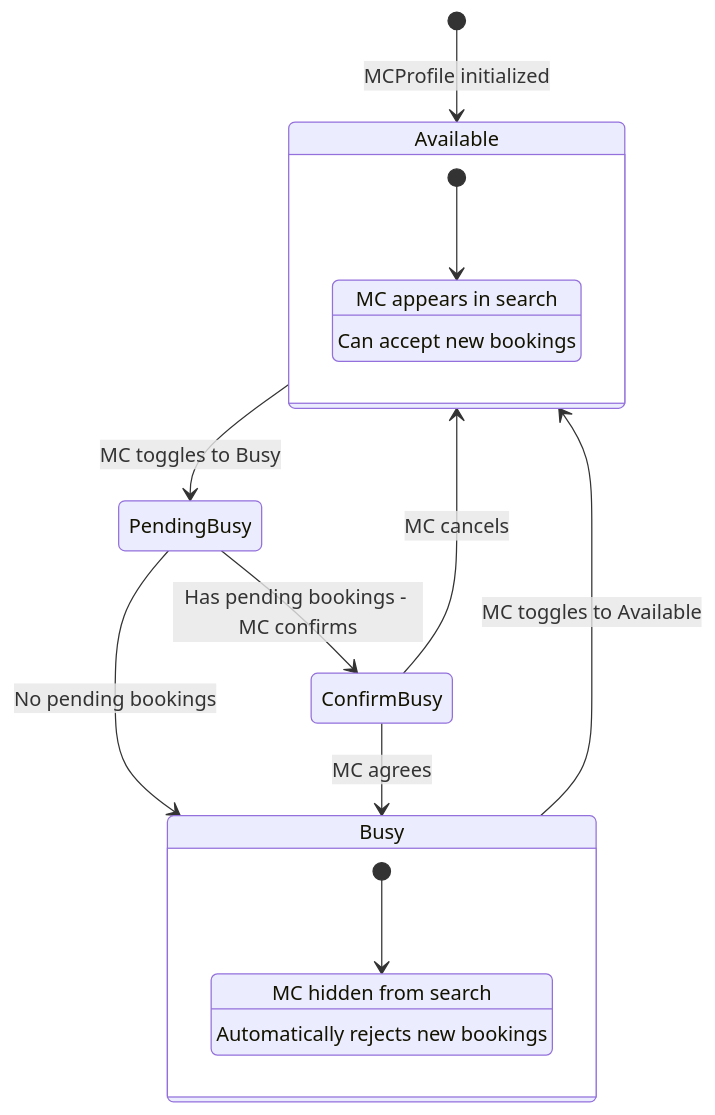
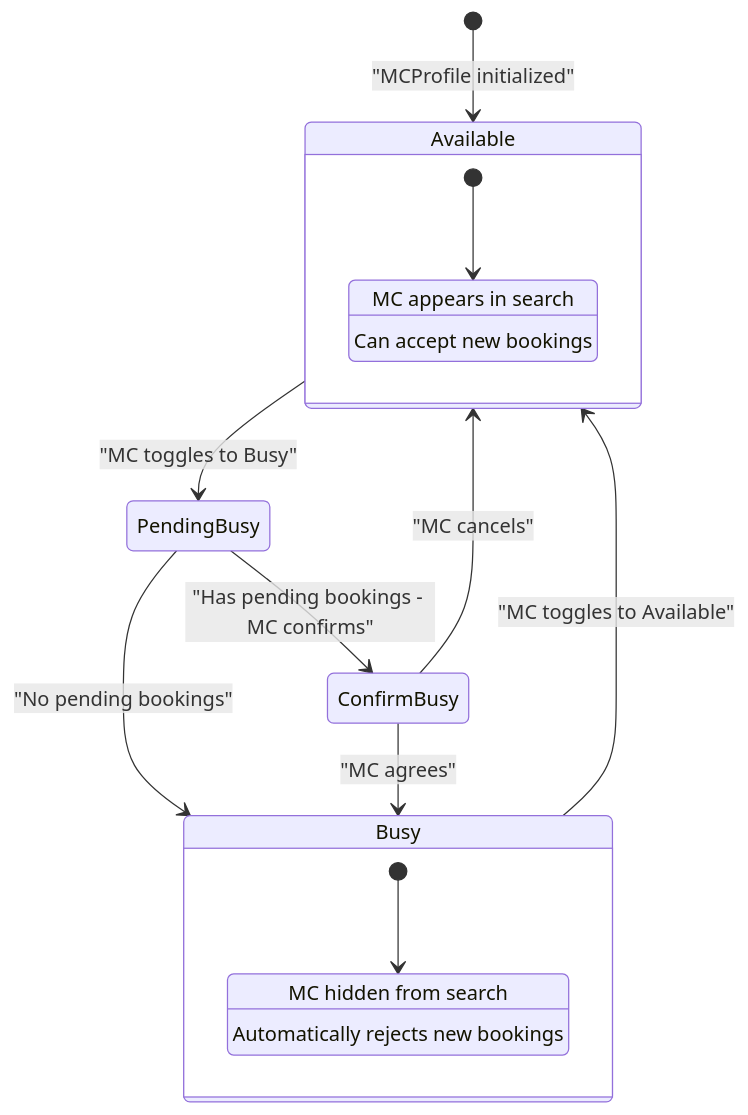
One commit to dat-21/SWD392 changed diagram 23 of 51 in UC_Diagrams_EN.md. Above: the diagram before and after it, drawn with Mermaid. The commit also changed other lines of this file and 2 other files, not shown here.

Commit message:
style: Standardize Mermaid state diagram transition label formatting by adding quotes and a space before the colon.

````diff
--- a/UC_Diagrams_EN.md
+++ b/UC_Diagrams_EN.md
@@ -850,21 +850,21 @@
 ```mermaid
 stateDiagram-v2
-    [*] --> Available: MCProfile initialized
-    Available --> PendingBusy: MC toggles to Busy
-    PendingBusy --> ConfirmBusy: Has pending bookings - MC confirms
-    PendingBusy --> Busy: No pending bookings
-    ConfirmBusy --> Busy: MC agrees
-    ConfirmBusy --> Available: MC cancels
-    Busy --> Available: MC toggles to Available
+    [*] --> Available : "MCProfile initialized"
+    Available --> PendingBusy : "MC toggles to Busy"
+    PendingBusy --> ConfirmBusy : "Has pending bookings - MC confirms"
+    PendingBusy --> Busy : "No pending bookings"
+    ConfirmBusy --> Busy : "MC agrees"
+    ConfirmBusy --> Available : "MC cancels"
+    Busy --> Available : "MC toggles to Available"
 
     state Available {
         [*] --> VisibleInSearch
         VisibleInSearch: MC appears in search
         VisibleInSearch: Can accept new bookings
     }
     state Busy {
         [*] --> HiddenFromSearch
         HiddenFromSearch: MC hidden from search
         HiddenFromSearch: Automatically rejects new bookings
     }
 ```
````
